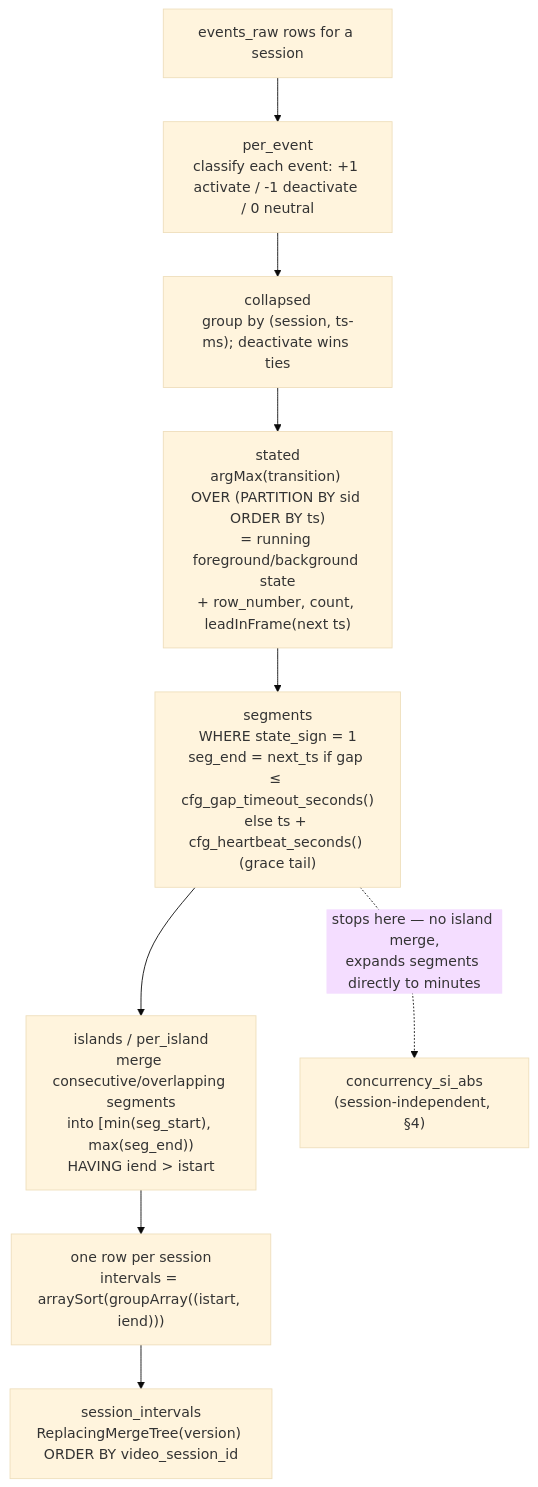
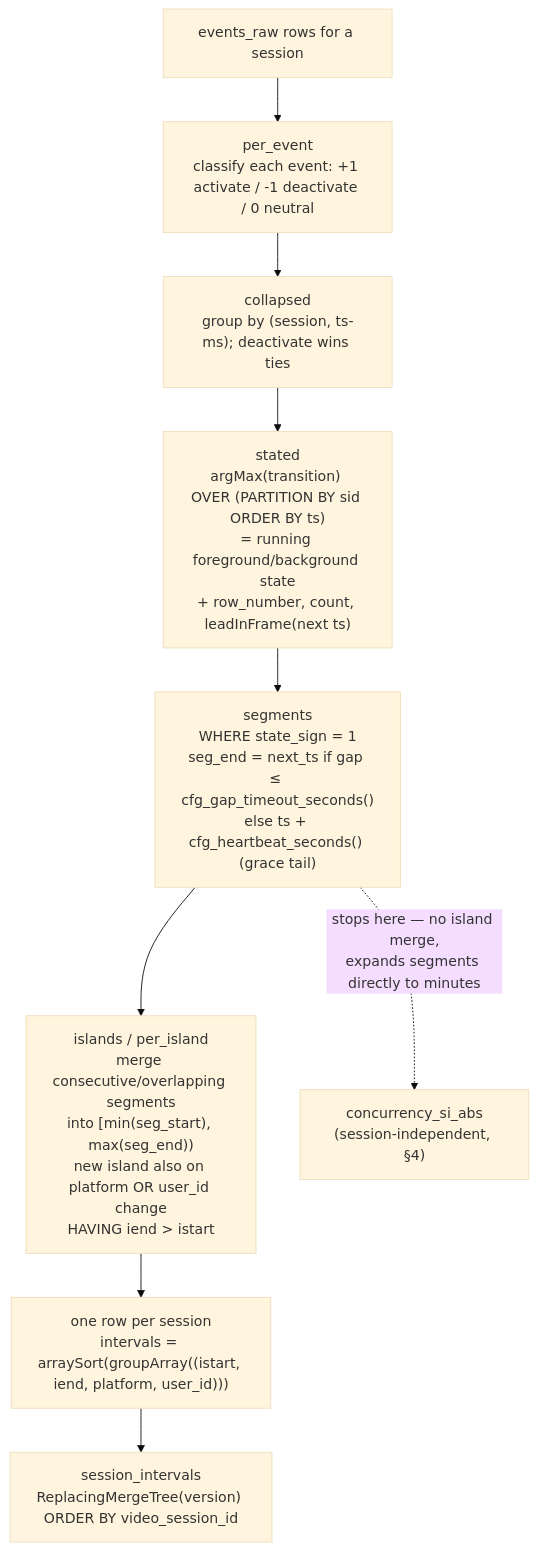
One commit to themonikanayak/click-a-thon-26-submissions changed the second of 4 diagrams in Snorlax/docs/DATA_FLOW.md. Above: the diagram before and after it, drawn with Mermaid (base theme). The commit also changed other lines of this file and 20 other files, not shown here.

First line of the commit message:
Schema fixes content dict and migrations path (#6)

````diff
--- a/Snorlax/docs/DATA_FLOW.md
+++ b/Snorlax/docs/DATA_FLOW.md
@@ -57,16 +65,16 @@
 ```mermaid
 flowchart TD
     RAW["events_raw rows for a session"]
     PE["per_event<br/>classify each event: +1 activate / -1 deactivate / 0 neutral"]
     CO["collapsed<br/>group by (session, ts-ms); deactivate wins ties"]
     ST["stated<br/>argMax(transition) OVER (PARTITION BY sid ORDER BY ts)<br/>= running foreground/background state<br/>+ row_number, count, leadInFrame(next ts)"]
     SG["segments<br/>WHERE state_sign = 1<br/>seg_end = next_ts if gap ≤ cfg_gap_timeout_seconds()<br/>else ts + cfg_heartbeat_seconds() (grace tail)"]
-    IS["islands / per_island<br/>merge consecutive/overlapping segments<br/>into [min(seg_start), max(seg_end))<br/>HAVING iend &gt; istart"]
-    ROW["one row per session<br/>intervals = arraySort(groupArray((istart, iend)))"]
+    IS["islands / per_island<br/>merge consecutive/overlapping segments<br/>into [min(seg_start), max(seg_end))<br/>new island also on platform OR user_id change<br/>HAVING iend &gt; istart"]
+    ROW["one row per session<br/>intervals = arraySort(groupArray((istart, iend, platform, user_id)))"]
     SI["session_intervals<br/>ReplacingMergeTree(version) ORDER BY video_session_id"]
 
     RAW --> PE --> CO --> ST --> SG --> IS --> ROW --> SI
 
     SI2["concurrency_si_abs<br/>(session-independent, §4)"]
     SG -. "stops here — no island merge,<br/>expands segments directly to minutes" .-> SI2
 ```
````
